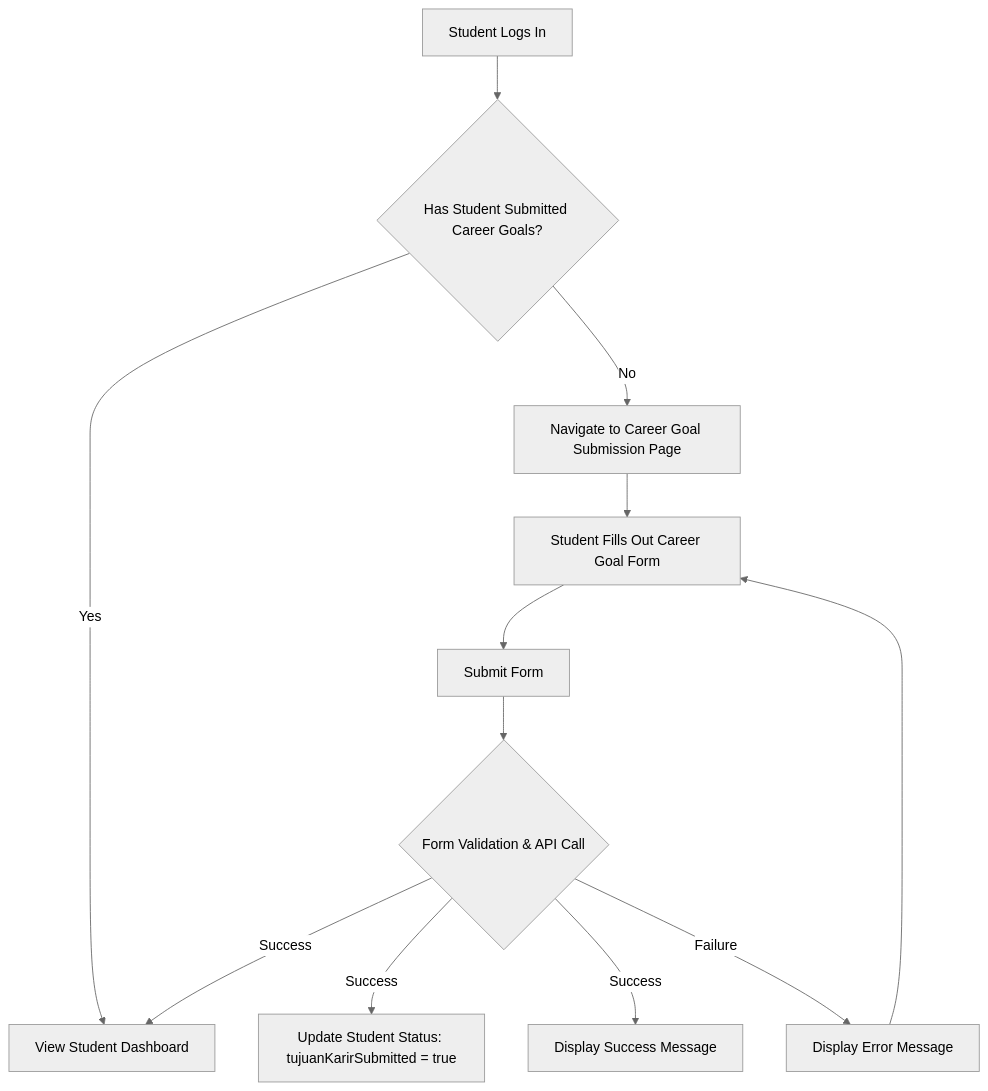
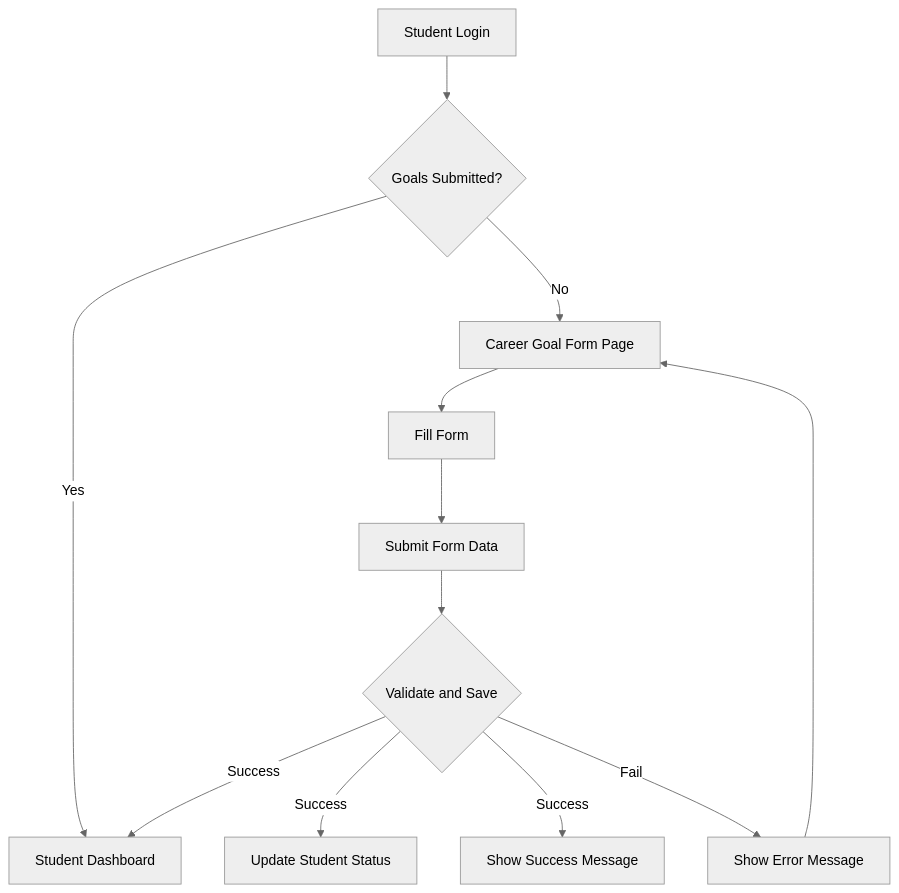
One commit to MuhammadRidwan01/itxpro-career-counseling changed the first of 6 diagrams in documentation.md. Above: the diagram before and after it, drawn with Mermaid (neutral theme). The commit also changed other lines of this file, not shown here.

````diff
--- a/documentation.md
+++ b/documentation.md
@@ -124,14 +124,14 @@
 ```mermaid
 graph TD
-    A[Student Logs In] --> B{Has Student Submitted Career Goals?}
-    B -- Yes --> C[View Student Dashboard]
-    B -- No --> D[Navigate to Career Goal Submission Page]
-    D --> E[Student Fills Out Career Goal Form]
-    E --> F[Submit Form]
-    F --> G{Form Validation & API Call}
-    G -- Success --> H[Update Student Status: tujuanKarirSubmitted = true]
-    G -- Success --> I[Display Success Message]
-    G -- Success --> C
-    G -- Failure --> J[Display Error Message]
-    J --> E
+    A[Student Login] --> B{Goals Submitted?};
+    B -- Yes --> C[Student Dashboard];
+    B -- No --> D[Career Goal Form Page];
+    D --> E[Fill Form];
+    E --> F[Submit Form Data];
+    F --> G{Validate and Save};
+    G -- Success --> H[Update Student Status];
+    G -- Success --> I[Show Success Message];
+    G -- Success --> C;
+    G -- Fail --> J[Show Error Message];
+    J --> D;
 ```
````
